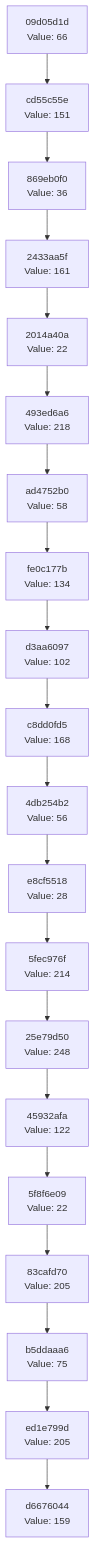
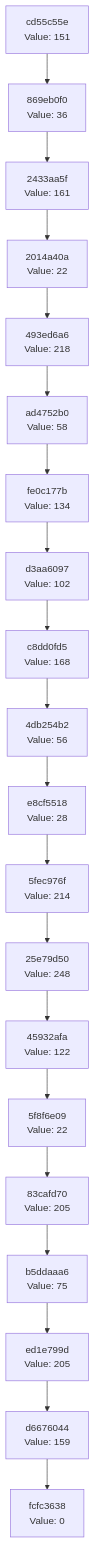
One commit to Abhisheksinha1506/hash-chain-evolver changed the diagram in docs/CHAIN_VISUALIZATION.md. Above: the diagram before and after it, drawn with Mermaid. The commit also changed 3 other files, not shown here.

````diff
--- a/docs/CHAIN_VISUALIZATION.md
+++ b/docs/CHAIN_VISUALIZATION.md
@@ -3,42 +3,42 @@
 ```mermaid
 graph TD
-    C0["d6676044<br/>Value: 159"]
-    C1["ed1e799d<br/>Value: 205"]
+    C0["fcfc3638<br/>Value: 0"]
+    C1["d6676044<br/>Value: 159"]
     C1 --> C0
-    C2["b5ddaaa6<br/>Value: 75"]
+    C2["ed1e799d<br/>Value: 205"]
     C2 --> C1
-    C3["83cafd70<br/>Value: 205"]
+    C3["b5ddaaa6<br/>Value: 75"]
     C3 --> C2
-    C4["5f8f6e09<br/>Value: 22"]
+    C4["83cafd70<br/>Value: 205"]
     C4 --> C3
-    C5["45932afa<br/>Value: 122"]
+    C5["5f8f6e09<br/>Value: 22"]
     C5 --> C4
-    C6["25e79d50<br/>Value: 248"]
+    C6["45932afa<br/>Value: 122"]
     C6 --> C5
-    C7["5fec976f<br/>Value: 214"]
+    C7["25e79d50<br/>Value: 248"]
     C7 --> C6
-    C8["e8cf5518<br/>Value: 28"]
+    C8["5fec976f<br/>Value: 214"]
     C8 --> C7
-    C9["4db254b2<br/>Value: 56"]
+    C9["e8cf5518<br/>Value: 28"]
     C9 --> C8
-    C10["c8dd0fd5<br/>Value: 168"]
+    C10["4db254b2<br/>Value: 56"]
     C10 --> C9
-    C11["d3aa6097<br/>Value: 102"]
+    C11["c8dd0fd5<br/>Value: 168"]
     C11 --> C10
-    C12["fe0c177b<br/>Value: 134"]
+    C12["d3aa6097<br/>Value: 102"]
     C12 --> C11
-    C13["ad4752b0<br/>Value: 58"]
+    C13["fe0c177b<br/>Value: 134"]
     C13 --> C12
-    C14["493ed6a6<br/>Value: 218"]
+    C14["ad4752b0<br/>Value: 58"]
     C14 --> C13
-    C15["2014a40a<br/>Value: 22"]
+    C15["493ed6a6<br/>Value: 218"]
     C15 --> C14
-    C16["2433aa5f<br/>Value: 161"]
+    C16["2014a40a<br/>Value: 22"]
     C16 --> C15
-    C17["869eb0f0<br/>Value: 36"]
+    C17["2433aa5f<br/>Value: 161"]
     C17 --> C16
-    C18["cd55c55e<br/>Value: 151"]
+    C18["869eb0f0<br/>Value: 36"]
     C18 --> C17
-    C19["09d05d1d<br/>Value: 66"]
+    C19["cd55c55e<br/>Value: 151"]
     C19 --> C18
 ```
````
